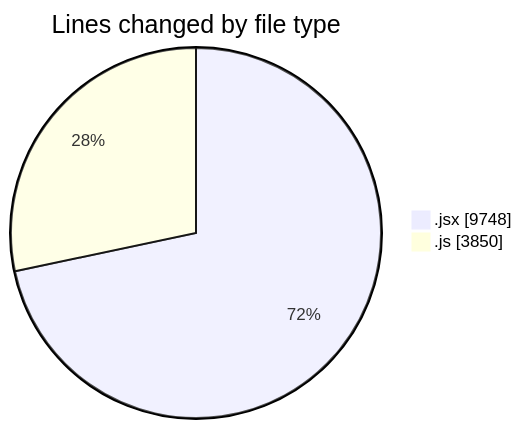
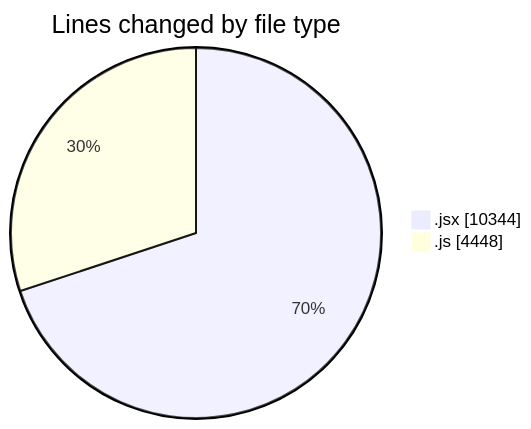
Before and after one commit to nxtqubesakshisongat/code-tracking: the first of 2 diagrams in 2025-09-23/nxtqube_webapp/README.md, drawn with Mermaid. The commit also changed other lines of this file and 1 other file, not shown here.

````diff
--- a/2025-09-23/nxtqube_webapp/README.md
+++ b/2025-09-23/nxtqube_webapp/README.md
@@ -24,6 +24,6 @@
 ```mermaid
 pie showData
 title Lines changed by file type
-".jsx" : 9748
-".js" : 3850
+".jsx" : 10344
+".js" : 4448
 ```
````
